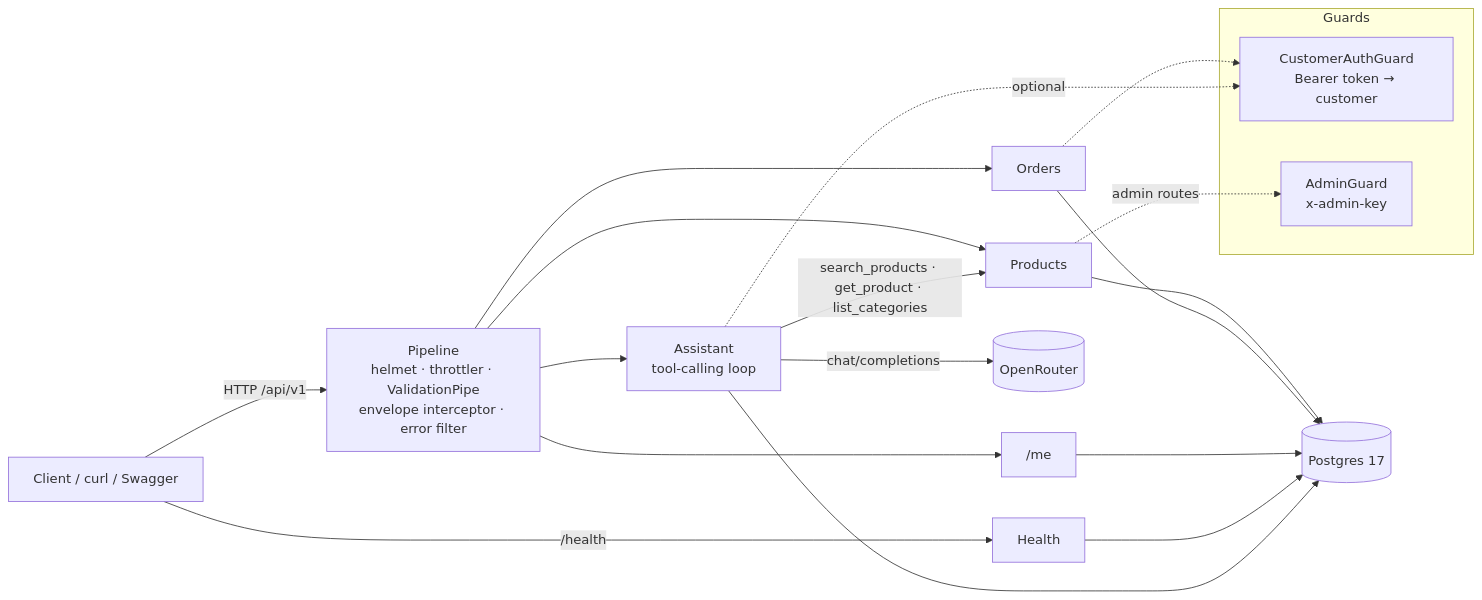
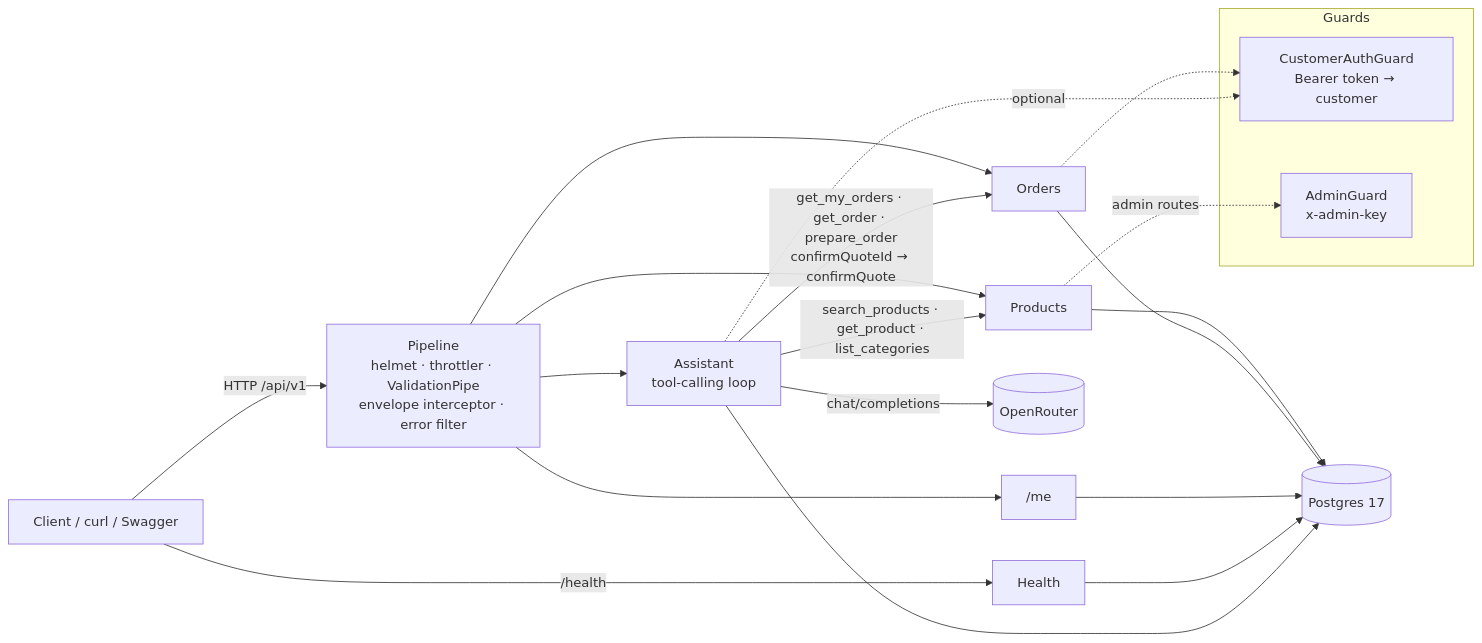
Before and after one commit to maheenur13/CommercePilot: the diagram in README.md, drawn with Mermaid. The commit also changed other lines of this file and 24 other files, not shown here.

````diff
--- a/README.md
+++ b/README.md
@@ -17,19 +17,20 @@
 ```mermaid
 flowchart LR
   C[Client / curl / Swagger] -->|HTTP /api/v1| PIPE["Pipeline<br/>helmet · throttler · ValidationPipe<br/>envelope interceptor · error filter"]
   PIPE --> P[Products]
   PIPE --> O[Orders]
   PIPE --> M["/me"]
   PIPE --> A["Assistant<br/>tool-calling loop"]
   A -->|search_products · get_product · list_categories| P
+  A -->|get_my_orders · get_order · prepare_order<br/>confirmQuoteId → confirmQuote| O
   A -->|chat/completions| LLM[(OpenRouter)]
   C -->|/health| H[Health]
   P & O & M & H & A --> DB[(Postgres 17)]
   subgraph Guards
     CG[CustomerAuthGuard<br/>Bearer token → customer]
     AG[AdminGuard<br/>x-admin-key]
   end
   O -.-> CG
   A -. optional .-> CG
   P -. admin routes .-> AG
 ```
````
